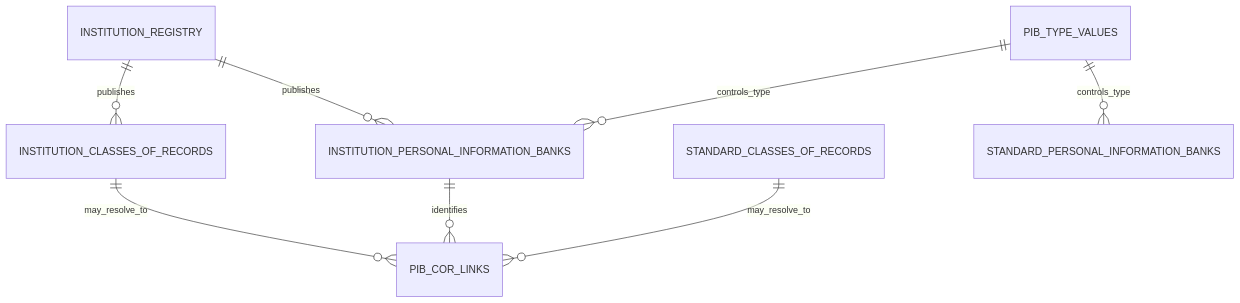
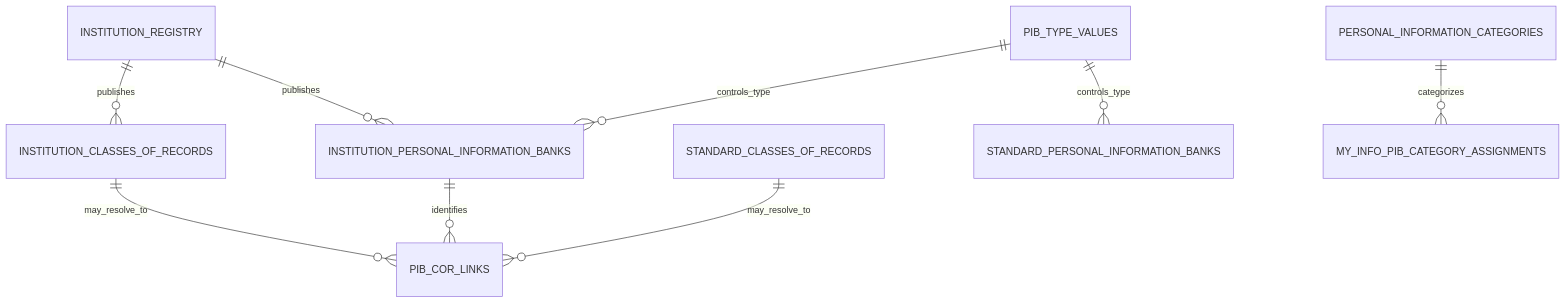
The diagram in DATA_MODEL.md (PatLittle/pibs), drawn with Mermaid before and after one commit. The commit also changed other lines of this file and 21 other files, not shown here.

Commit message:
Build My Info PIB feature logic

````diff
--- a/DATA_MODEL.md
+++ b/DATA_MODEL.md
@@ -7,10 +7,11 @@
 ```mermaid
 erDiagram
     INSTITUTION_REGISTRY ||--o{ INSTITUTION_CLASSES_OF_RECORDS : publishes
     INSTITUTION_REGISTRY ||--o{ INSTITUTION_PERSONAL_INFORMATION_BANKS : publishes
     INSTITUTION_PERSONAL_INFORMATION_BANKS ||--o{ PIB_COR_LINKS : identifies
     INSTITUTION_CLASSES_OF_RECORDS ||--o{ PIB_COR_LINKS : may_resolve_to
     STANDARD_CLASSES_OF_RECORDS ||--o{ PIB_COR_LINKS : may_resolve_to
     PIB_TYPE_VALUES ||--o{ INSTITUTION_PERSONAL_INFORMATION_BANKS : controls_type
     PIB_TYPE_VALUES ||--o{ STANDARD_PERSONAL_INFORMATION_BANKS : controls_type
+    PERSONAL_INFORMATION_CATEGORIES ||--o{ MY_INFO_PIB_CATEGORY_ASSIGNMENTS : categorizes
 ```
````
